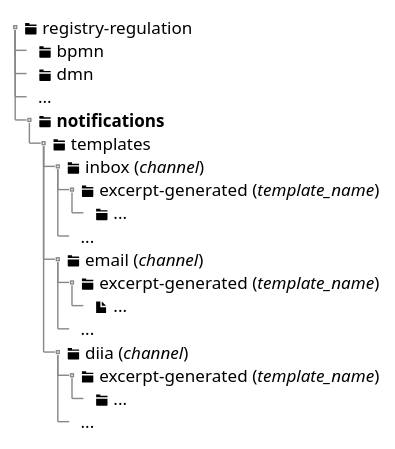
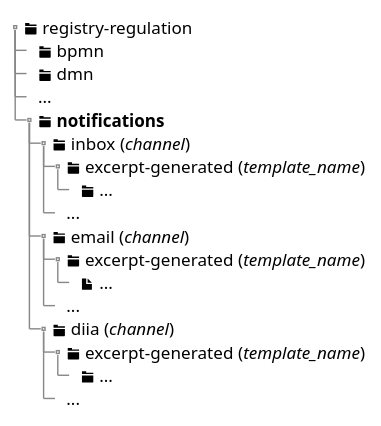
The diagram in modules/tech/partials/lowcode/notifications/general/notification-regulation-structure.puml (epam/edp-ddm-architecture), drawn with PlantUML before and after one commit. The commit also changed 7 other files, not shown here.

```diff
--- a/modules/tech/partials/lowcode/notifications/general/notification-regulation-structure.puml
+++ b/modules/tech/partials/lowcode/notifications/general/notification-regulation-structure.puml
@@ -1,24 +1,23 @@
 @startsalt
 {
 {T
 + <&folder> registry-regulation
 ++ <&folder> bpmn
 ++ <&folder> dmn
 ++ ...
 ++ <&folder> <b>notifications</b>
-+++ <&folder> templates
-++++ <&folder> inbox (<i>channel</i>)
-+++++ <&folder> excerpt-generated (<i>template_name</i>)
-++++++ <&folder> ...
-+++++ ...
-++++ <&folder> email (<i>channel</i>)
-+++++ <&folder> excerpt-generated (<i>template_name</i>)
-++++++ <&file> ...
-+++++ ...
-++++ <&folder> diia (<i>channel</i>)
-+++++ <&folder> excerpt-generated (<i>template_name</i>)
-++++++ <&folder> ...
-+++++ ...
++++ <&folder> inbox (<i>channel</i>)
+++++ <&folder> excerpt-generated (<i>template_name</i>)
++++++ <&folder> ...
+++++ ...
++++ <&folder> email (<i>channel</i>)
+++++ <&folder> excerpt-generated (<i>template_name</i>)
++++++ <&file> ...
+++++ ...
++++ <&folder> diia (<i>channel</i>)
+++++ <&folder> excerpt-generated (<i>template_name</i>)
++++++ <&folder> ...
+++++ ...
 }
 }
 @endsalt
```
